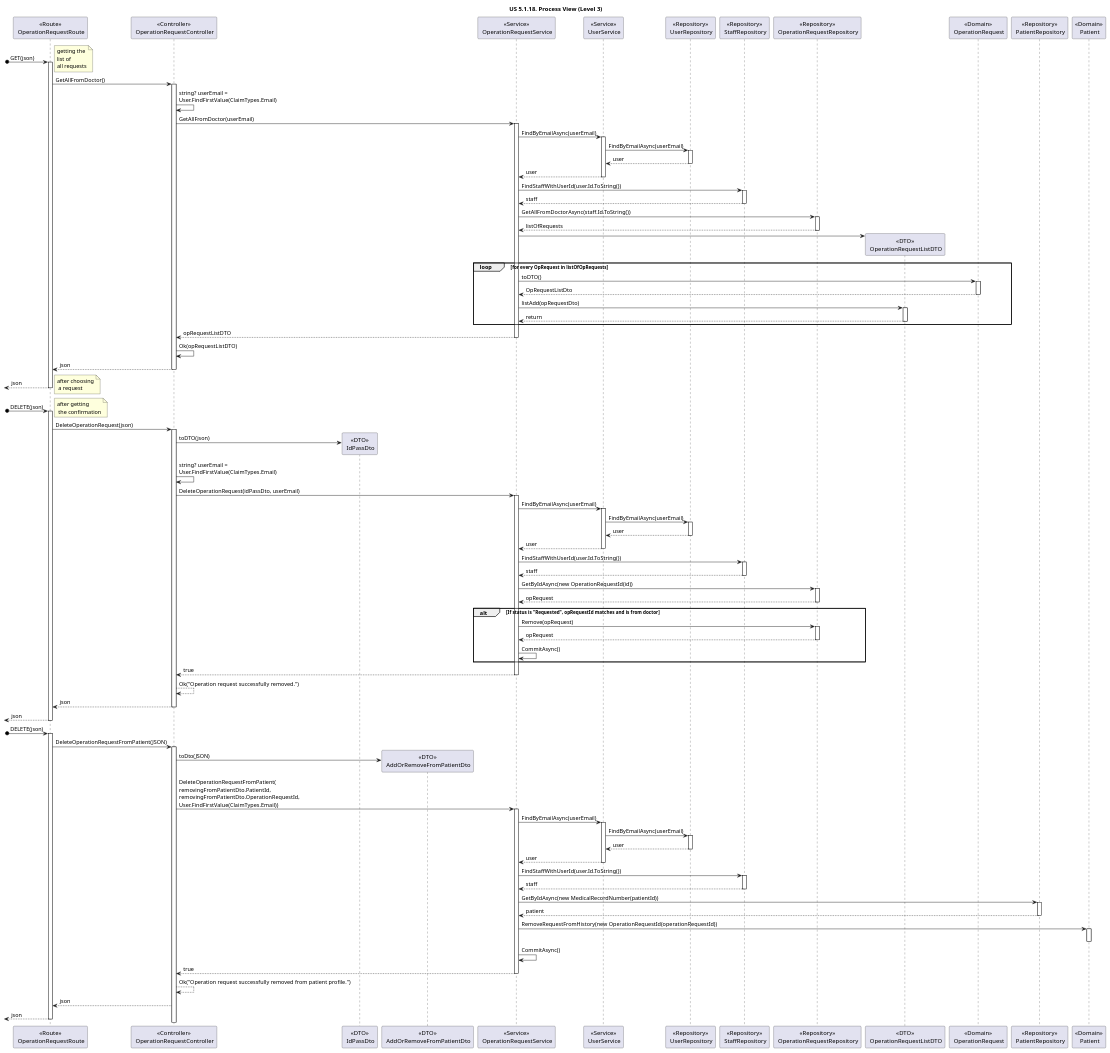
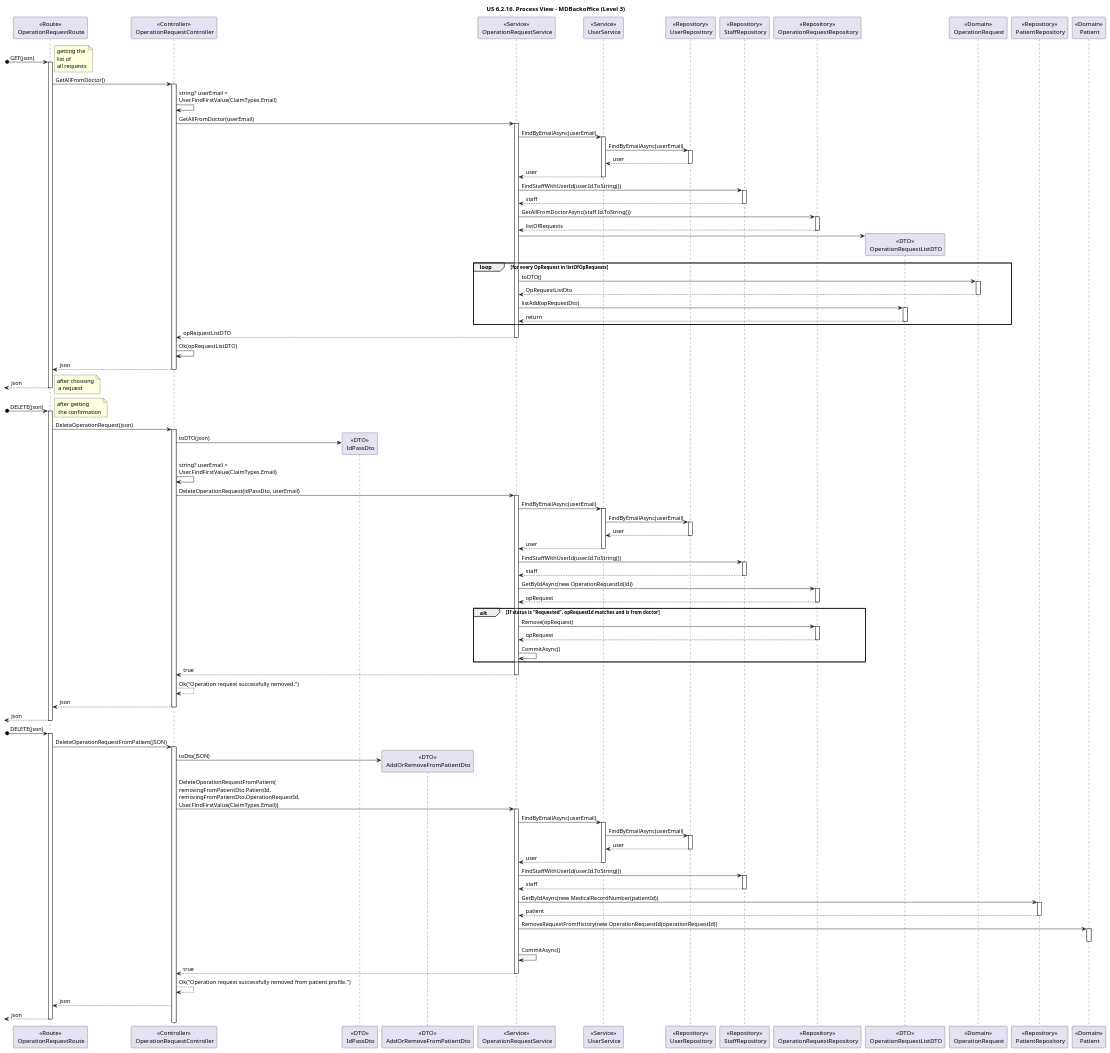
The diagram in docs/sprint-2/1220738/us-6.2.16/Diagrams/Views/process-view-level-3.puml (rita-barbosa/LAPR5-2425), drawn with PlantUML before and after one commit. The commit also changed 3 other files, not shown here.

```diff
--- a/docs/sprint-2/1220738/us-6.2.16/Diagrams/Views/process-view-level-3.puml
+++ b/docs/sprint-2/1220738/us-6.2.16/Diagrams/Views/process-view-level-3.puml
@@ -1,172 +1,172 @@
 @startuml
-title "US 5.1.18. Process View (Level 3)"
+title "US 6.2.16. Process View - MDBackoffice (Level 3)"
 
 participant "<<Route>>\n OperationRequestRoute" as ROUTE
 participant "<<Controller>>\n OperationRequestController" as CONTROL
 participant "<<DTO>>\n IdPassDto" as OPRESDTO
 participant "<<DTO>>\n AddOrRemoveFromPatientDto" as REMOVEDto
 participant "<<Service>>\n OperationRequestService" as SERV
 participant "<<Service>>\n UserService" as USERServ
 participant "<<Repository>>\n UserRepository" as USERRepo
 participant "<<Repository>>\n StaffRepository" as STAFFRepo
 participant "<<Repository>>\n OperationRequestRepository" as REPO
 participant "<<DTO>>\n OperationRequestListDTO" as LISTDTO
 participant "<<Domain>>\n OperationRequest" as OPRES
 participant "<<Repository>>\n PatientRepository" as PREPO
 participant "<<Domain>>\n Patient" as PAT
 
 [o-> ROUTE : GET(json)
 note right : getting the \nlist of \nall requests
 
 Activate ROUTE
 
 ROUTE -> CONTROL : GetAllFromDoctor()
 
 Activate CONTROL
 
 CONTROL -> CONTROL : string? userEmail =\nUser.FindFirstValue(ClaimTypes.Email)
 
 CONTROL -> SERV : GetAllFromDoctor(userEmail)
 Activate SERV
 
 SERV -> USERServ : FindByEmailAsync(userEmail)
 Activate USERServ
 USERServ -> USERRepo : FindByEmailAsync(userEmail)
 activate USERRepo 
 USERRepo --> USERServ : user
 deactivate USERRepo
 USERServ --> SERV : user
 deactivate USERServ 
 
 SERV -> STAFFRepo : FindStaffWithUserId(user.Id.ToString())
 activate STAFFRepo 
 STAFFRepo --> SERV : staff
 deactivate STAFFRepo
 
 SERV -> REPO : GetAllFromDoctorAsync(staff.Id.ToString())
 activate REPO
 REPO --> SERV : listOfRequests
 deactivate REPO
 
 SERV -> LISTDTO**
 loop for every OpRequest in listOfOpRequests
 SERV -> OPRES : toDTO()
 activate OPRES
 OPRES --> SERV : OpRequestListDto
 deactivate OPRES
 SERV -> LISTDTO : listAdd(opRequestDto)
 activate LISTDTO
 LISTDTO --> SERV : return
 deactivate LISTDTO
 end
 
 SERV --> CONTROL : opRequestListDTO
 Deactivate SERV
 
 CONTROL -> CONTROL : Ok(opRequestListDTO)
 
 CONTROL --> ROUTE : json
 Deactivate CONTROL
 <-- ROUTE : json
 
 Deactivate ROUTE
 
 note right : after choosing\n a request
 
 [o-> ROUTE : DELETE(json)
 note right : after getting\n the confirmation
 
 Activate ROUTE
 
 ROUTE -> CONTROL : DeleteOperationRequest(json)
 
 Activate CONTROL
 
 CONTROL -> OPRESDTO** : toDTO(json)
 
 CONTROL -> CONTROL : string? userEmail =\nUser.FindFirstValue(ClaimTypes.Email)
 
 CONTROL -> SERV : DeleteOperationRequest(idPassDto, userEmail)
 Activate SERV
 
 SERV -> USERServ : FindByEmailAsync(userEmail)
 Activate USERServ
 USERServ -> USERRepo : FindByEmailAsync(userEmail)
 activate USERRepo 
 USERRepo --> USERServ : user
 deactivate USERRepo
 USERServ --> SERV : user
 deactivate USERServ 
 
 SERV -> STAFFRepo : FindStaffWithUserId(user.Id.ToString())
 activate STAFFRepo 
 STAFFRepo --> SERV : staff
 deactivate STAFFRepo
 
 SERV -> REPO : GetByIdAsync(new OperationRequestId(id))
 activate REPO
 REPO --> SERV : opRequest
 deactivate REPO
 
 alt If status is "Requested", opRequestId matches and is from doctor
 SERV -> REPO : Remove(opRequest)
 activate REPO
 REPO --> SERV : opRequest
 deactivate REPO
 SERV -> SERV : CommitAsync()
 end
 
 SERV --> CONTROL : true
 deactivate SERV
 CONTROL --> CONTROL : Ok("Operation request successfully removed.")
 CONTROL --> ROUTE : json
 deactivate CONTROL
 
 <-- ROUTE : json
 deactivate ROUTE
 
 [o-> ROUTE : DELETE(json)
 Activate ROUTE
 
 ROUTE -> CONTROL : DeleteOperationRequestFromPatient(JSON)
 Activate CONTROL
 
 CONTROL -> REMOVEDto** : toDto(JSON)
 
 CONTROL -> SERV : DeleteOperationRequestFromPatient(\nremovingFromPatientDto.PatientId,\nremovingFromPatientDto.OperationRequestId,\nUser.FindFirstValue(ClaimTypes.Email))
 activate SERV
 
 SERV -> USERServ : FindByEmailAsync(userEmail)
 Activate USERServ
 USERServ -> USERRepo : FindByEmailAsync(userEmail)
 activate USERRepo 
 USERRepo --> USERServ : user
 deactivate USERRepo
 USERServ --> SERV : user
 deactivate USERServ 
 
 SERV -> STAFFRepo : FindStaffWithUserId(user.Id.ToString())
 activate STAFFRepo 
 STAFFRepo --> SERV : staff
 deactivate STAFFRepo
 
 SERV -> PREPO : GetByIdAsync(new MedicalRecordNumber(patientId))
 activate PREPO
 PREPO --> SERV : patient
 deactivate PREPO
 
 SERV -> PAT : RemoveRequestFromHistory(new OperationRequestId(operationRequestId)) 
 activate PAT
 deactivate PAT
 
 SERV -> SERV : CommitAsync()
 SERV --> CONTROL : true
 deactivate SERV
 
 CONTROL --> CONTROL : Ok("Operation request successfully removed from patient profile.")
 CONTROL --> ROUTE : json
 
 <-- ROUTE : json
 deactivate ROUTE
 
 @enduml
```
